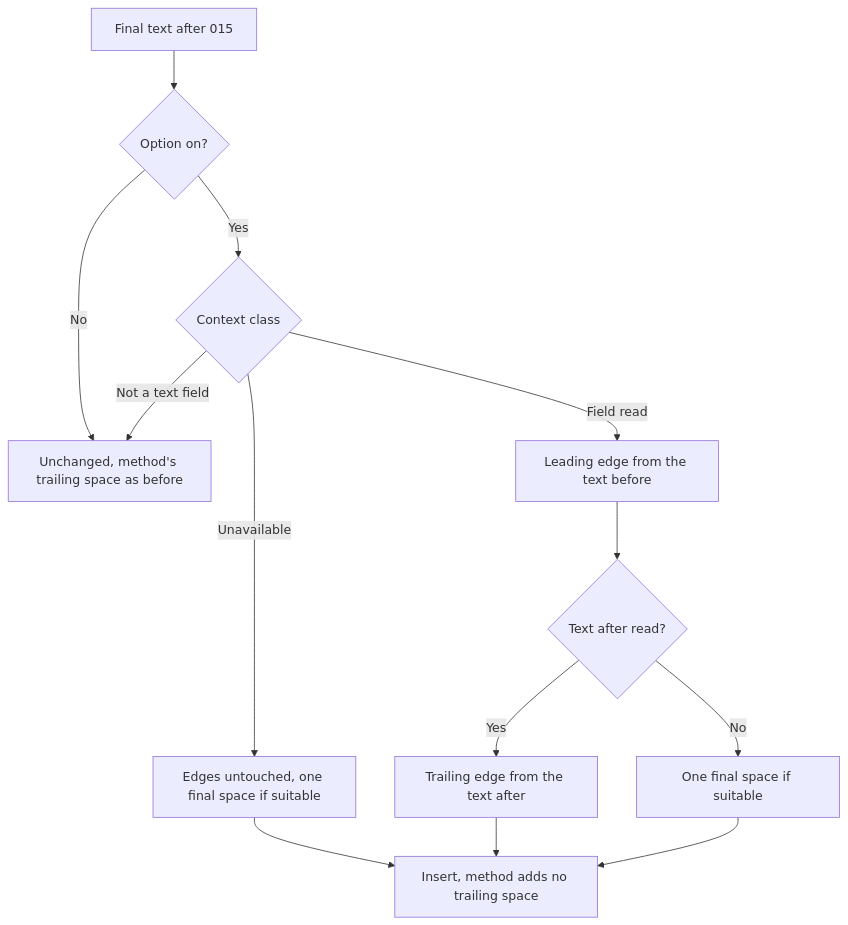
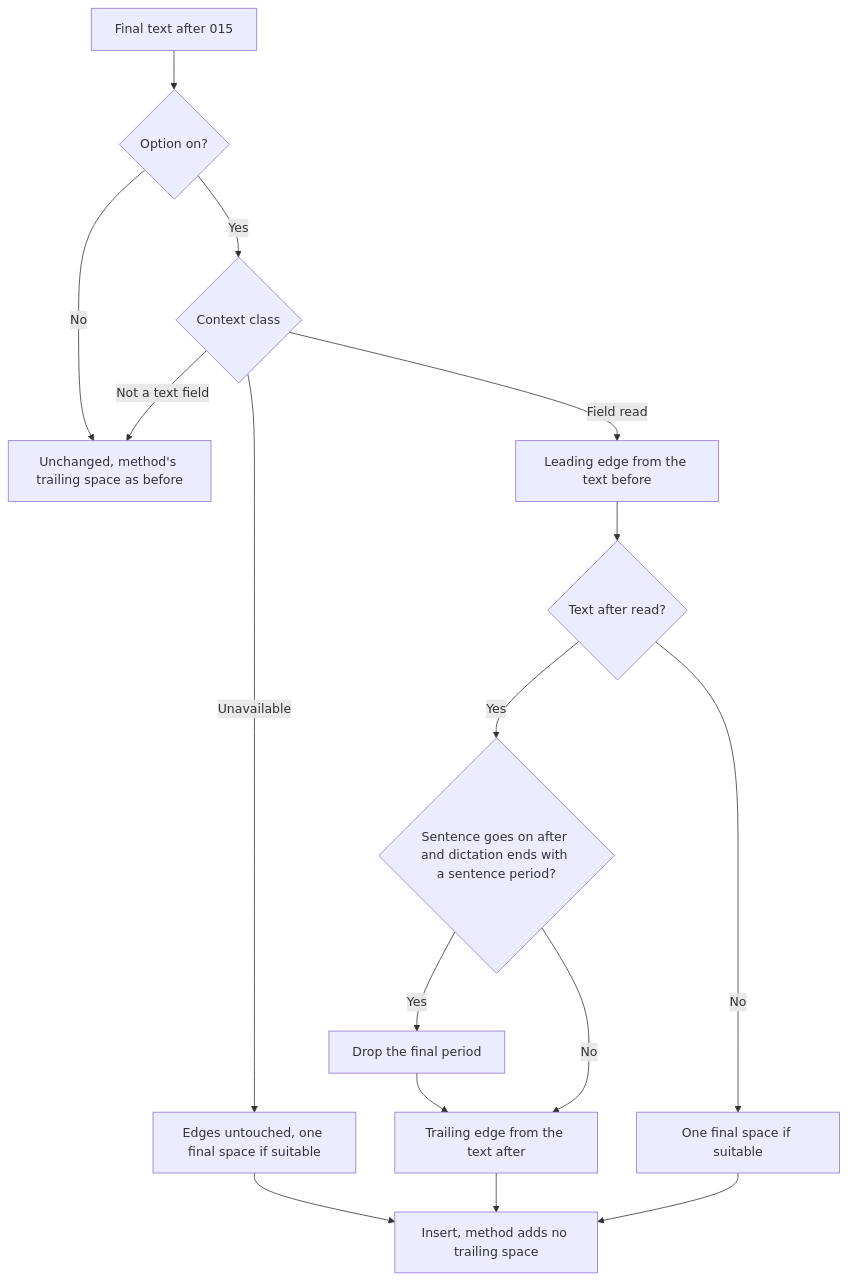
Before and after one commit to julien-m/handy: the first of 4 diagrams in .specs/features/017-smart-spacing/spec.md, drawn with Mermaid. The commit also changed other lines of this file and 37 other files, not shown here.

First line of the commit message:
fix(017): drop the engine's final period when the dictation sits inside a sentence

````diff
--- a/.specs/features/017-smart-spacing/spec.md
+++ b/.specs/features/017-smart-spacing/spec.md
@@ -60,15 +72,18 @@
 ```mermaid
 flowchart TD
     A[Final text after 015] --> B{Option on?}
     B -- No --> Z[Unchanged, method's trailing space as before]
     B -- Yes --> C{Context class}
     C -- Not a text field --> Z
     C -- Unavailable --> F[Edges untouched, one final space if suitable]
     C -- Field read --> D[Leading edge from the text before]
     D --> E{Text after read?}
-    E -- Yes --> G[Trailing edge from the text after]
+    E -- Yes --> P{Sentence goes on after and dictation ends with a sentence period?}
+    P -- Yes --> Q[Drop the final period]
+    P -- No --> G[Trailing edge from the text after]
+    Q --> G
     E -- No --> F2[One final space if suitable]
     G --> I[Insert, method adds no trailing space]
     F --> I
     F2 --> I
 ```
````
